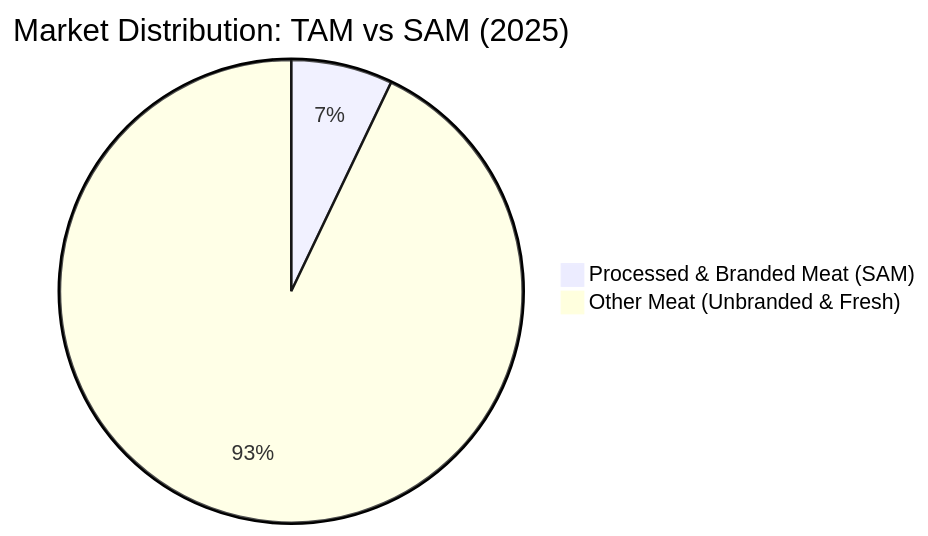
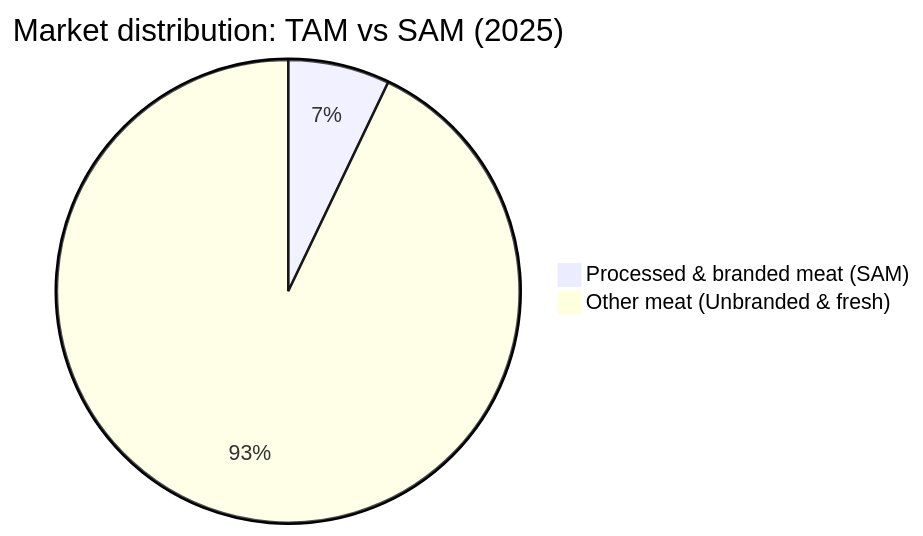
One commit to lotusk08/lotusk08.github.io changed the first of 2 diagrams in _posts/2025-04-26-vietnam-meat-market.md. Above: the diagram before and after it, drawn with Mermaid. The commit also changed other lines of this file, not shown here.

````diff
--- a/_posts/2025-04-26-vietnam-meat-market.md
+++ b/_posts/2025-04-26-vietnam-meat-market.md
@@ -42,5 +42,5 @@
 ```mermaid
-pie title Market Distribution: TAM vs SAM (2025)
-    "Processed & Branded Meat (SAM)" : 7.1
-    "Other Meat (Unbranded & Fresh)" : 92.9
+pie title Market distribution: TAM vs SAM (2025)
+    "Processed & branded meat (SAM)" : 7.1
+    "Other meat (Unbranded & fresh)" : 92.9
 ```
````
